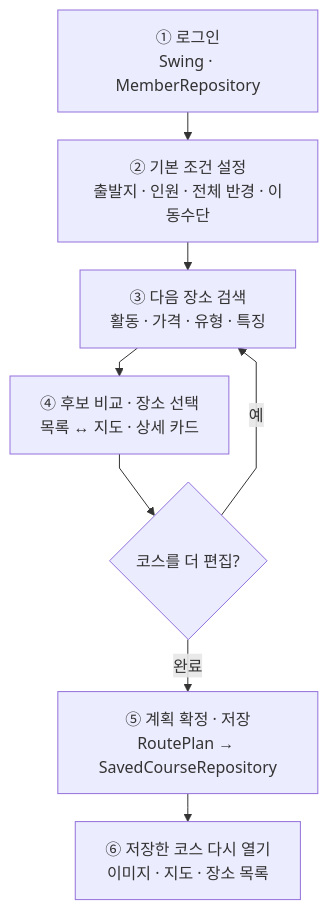
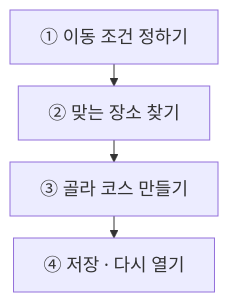
The first of 2 diagrams in docs/implementation-reference/00-flow-map.md (2egn/DateCourseApp), drawn with Mermaid before and after one commit. The commit also changed other lines of this file and 14 other files, not shown here.

````diff
--- a/docs/implementation-reference/00-flow-map.md
+++ b/docs/implementation-reference/00-flow-map.md
@@ -9,11 +7,7 @@
 ```mermaid
-%%{init: {"flowchart": {"curve": "linear", "rankSpacing": 28, "nodeSpacing": 20}, "themeVariables": {"fontFamily": "system-ui, sans-serif", "fontSize": "16px"}}}%%
+%%{init: {"htmlLabels": false, "flowchart": {"htmlLabels": false, "curve": "linear", "rankSpacing": 22}, "themeVariables": {"fontFamily": "system-ui, sans-serif", "fontSize": "18px"}}}%%
 flowchart TD
-    A["① 로그인<br/>Swing · MemberRepository"] --> B["② 기본 조건 설정<br/>출발지 · 인원 · 전체 반경 · 이동수단"]
-    B --> C["③ 다음 장소 검색<br/>활동 · 가격 · 유형 · 특징"]
-    C --> D["④ 후보 비교 · 장소 선택<br/>목록 ↔ 지도 · 상세 카드"]
-    D --> E{"코스를 더 편집?"}
-    E -->|예| C
-    E -->|완료| F["⑤ 계획 확정 · 저장<br/>RoutePlan → SavedCourseRepository"]
-    F --> G["⑥ 저장한 코스 다시 열기<br/>이미지 · 지도 · 장소 목록"]
+    A["① 이동 조건 정하기"] --> B["② 맞는 장소 찾기"]
+    B --> C["③ 골라 코스 만들기"]
+    C --> D["④ 저장 · 다시 열기"]
 ```
````
